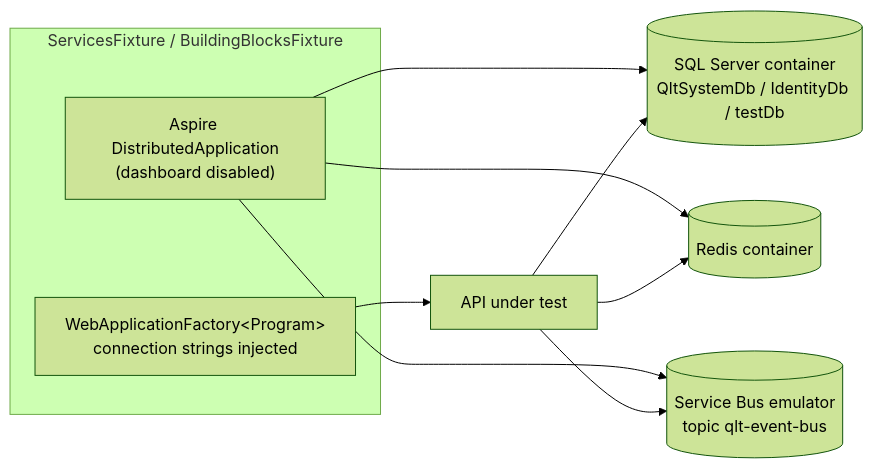
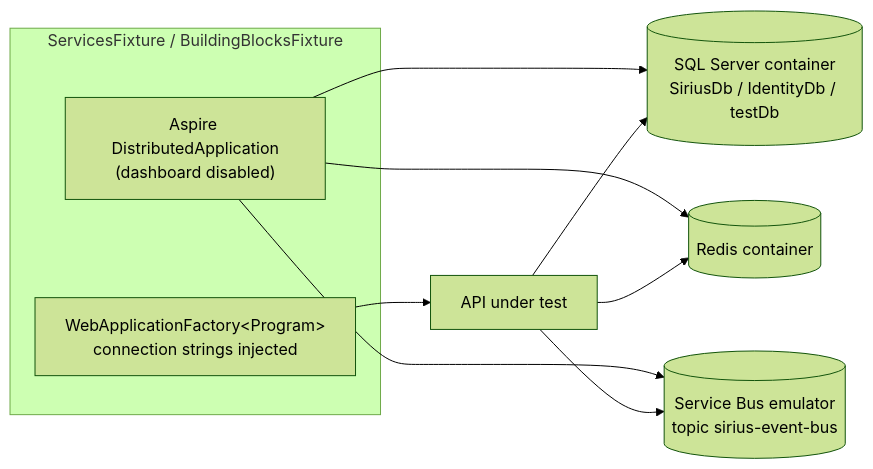
The second of 2 diagrams in docs/developer-guide/04-testing.md (miquelalcaraz/Labs.ServicePlatform), drawn with Mermaid (forest theme) before and after one commit. The commit also changed other lines of this file and 1116 other files, not shown here.

````diff
--- a/docs/developer-guide/04-testing.md
+++ b/docs/developer-guide/04-testing.md
@@ -112,12 +112,12 @@
 ```mermaid
 flowchart LR
     subgraph FX["ServicesFixture / BuildingBlocksFixture"]
         ASP["Aspire DistributedApplication<br/>(dashboard disabled)"]
         WAF["WebApplicationFactory#lt;Program#gt;<br/>connection strings injected"]
     end
-    ASP --> SQL[("SQL Server container<br/>QltSystemDb / IdentityDb / testDb")]
+    ASP --> SQL[("SQL Server container<br/>SiriusDb / IdentityDb / testDb")]
     ASP --> RED[("Redis container")]
-    ASP --> SB[("Service Bus emulator<br/>topic qlt-event-bus")]
+    ASP --> SB[("Service Bus emulator<br/>topic sirius-event-bus")]
     WAF --> HOST["API under test"]
     HOST --> SQL & RED & SB
 ```
````
